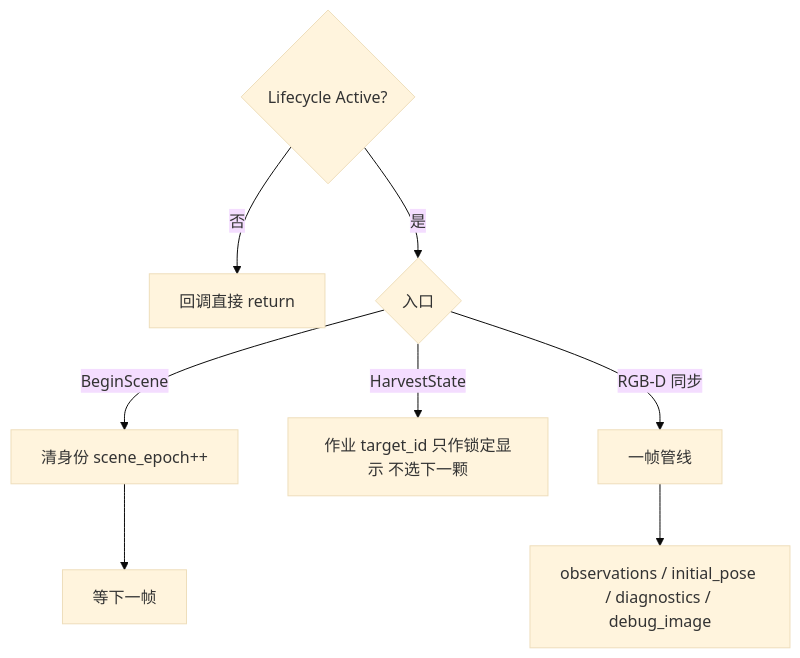
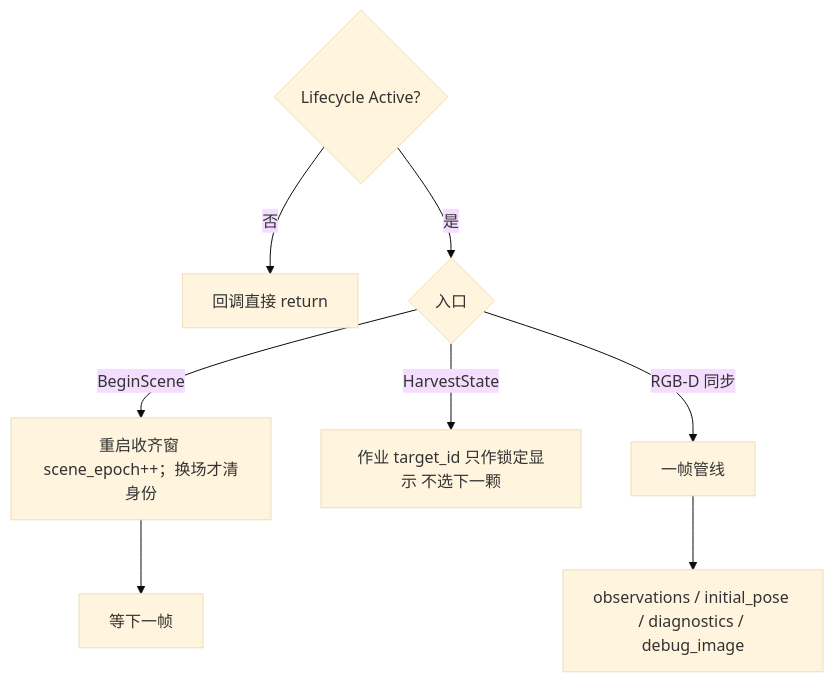
One commit to MUHAN11-c/aubo_boot changed the second of 10 diagrams in docs/io.md. Above: the diagram before and after it, drawn with Mermaid (base theme). The commit also changed other lines of this file and 56 other files, not shown here.

Commit message:
feat(peach): 笛卡尔绕行护栏、SELECT 停位 IK 预检与 scene_epoch 对齐（含函数级注释补全）

````diff
--- a/docs/io.md
+++ b/docs/io.md
@@ -144,11 +145,11 @@
 ```mermaid
 flowchart TB
   act{"Lifecycle Active?"}
   act -->|否| idle["回调直接 return"]
   act -->|是| src{"入口"}
-  src -->|BeginScene| clr["清身份 scene_epoch++"]
+  src -->|BeginScene| clr["重启收齐窗 scene_epoch++；换场才清身份"]
   src -->|HarvestState| lock["作业 target_id 只作锁定显示 不选下一颗"]
   src -->|RGB-D 同步| pipe["一帧管线"]
   pipe --> out["observations / initial_pose / diagnostics / debug_image"]
   clr --> wait["等下一帧"]
 ```
````
